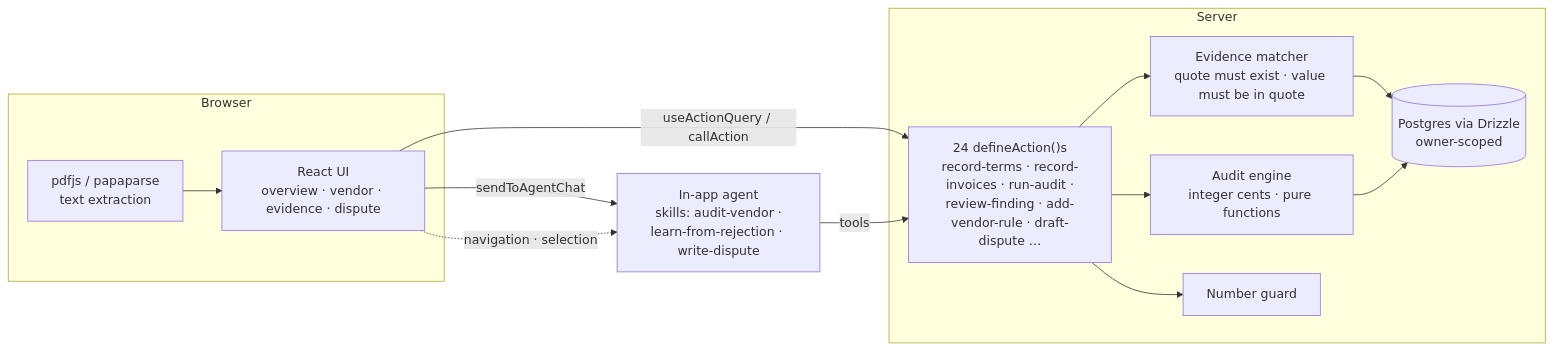
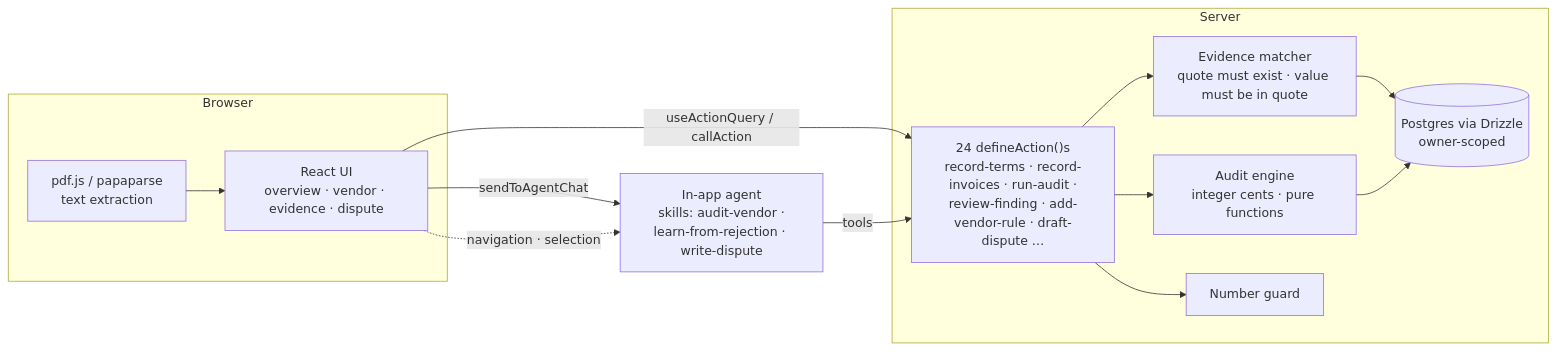
The diagram in README.md (martinvibes/tallyfoil), drawn with Mermaid before and after one commit. The commit also changed other lines of this file and 8 other files, not shown here.

Commit message:
README: lead with the demo video, show the whole flow in screenshots

````diff
--- a/README.md
+++ b/README.md
@@ -58,23 +132,23 @@
 ```mermaid
 flowchart LR
   subgraph Browser
     UI[React UI<br/>overview · vendor · evidence · dispute]
-    PDF[pdfjs / papaparse<br/>text extraction]
+    PDF[pdf.js / papaparse<br/>text extraction]
   end
   Agent[In-app agent<br/>skills: audit-vendor ·<br/>learn-from-rejection · write-dispute]
   subgraph Server
     Actions["24 defineAction()s<br/>record-terms · record-invoices · run-audit ·<br/>review-finding · add-vendor-rule · draft-dispute …"]
     Matcher[Evidence matcher<br/>quote must exist · value must be in quote]
     Engine[Audit engine<br/>integer cents · pure functions]
     Guard[Number guard]
     DB[(Postgres via Drizzle<br/>owner-scoped)]
   end
   PDF --> UI
   UI -- useActionQuery / callAction --> Actions
   UI -- sendToAgentChat --> Agent
   Agent -- tools --> Actions
   Actions --> Matcher --> DB
   Actions --> Engine --> DB
   Actions --> Guard
   UI -. navigation · selection .-> Agent
 ```
````
